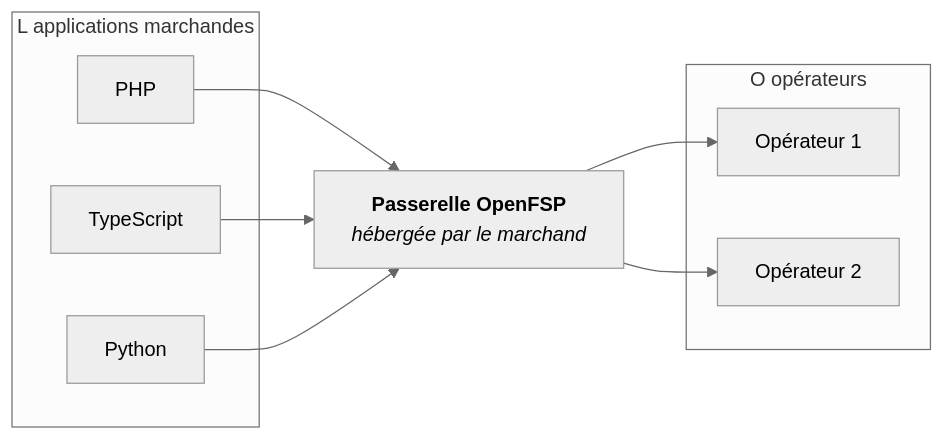
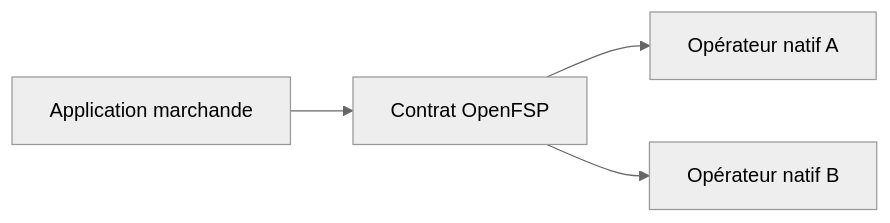
The diagram in content/docs/index.fr.mdx (openfspht/openfsp.org), drawn with Mermaid (neutral theme) before and after one commit. The commit also changed other lines of this file and 35 other files, not shown here.

````diff
--- a/content/docs/index.fr.mdx
+++ b/content/docs/index.fr.mdx
@@ -14,18 +19,6 @@
 ```mermaid
 flowchart LR
-    subgraph apps["L applications marchandes"]
-        A1["PHP"]
-        A2["TypeScript"]
-        A3["Python"]
-    end
-    G["<b>Passerelle OpenFSP</b><br/><i>hébergée par le marchand</i>"]
-    subgraph ops["O opérateurs"]
-        P1["Opérateur 1"]
-        P2["Opérateur 2"]
-    end
-    A1 --> G
-    A2 --> G
-    A3 --> G
-    G --> P1
-    G --> P2
+    A["Application marchande"] --> S["Contrat OpenFSP"]
+    S --> P1["Opérateur natif A"]
+    S --> P2["Opérateur natif B"]
 ```
````
